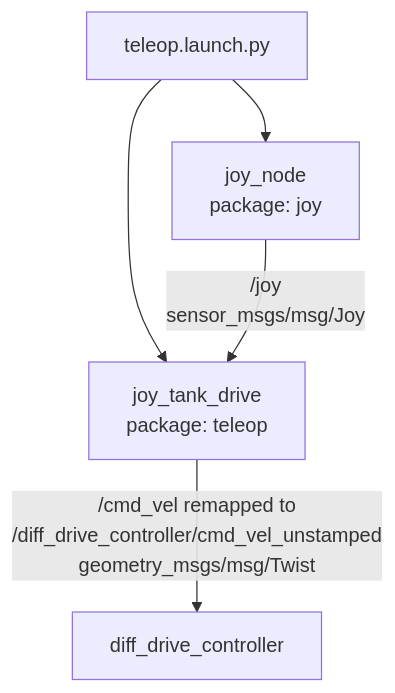
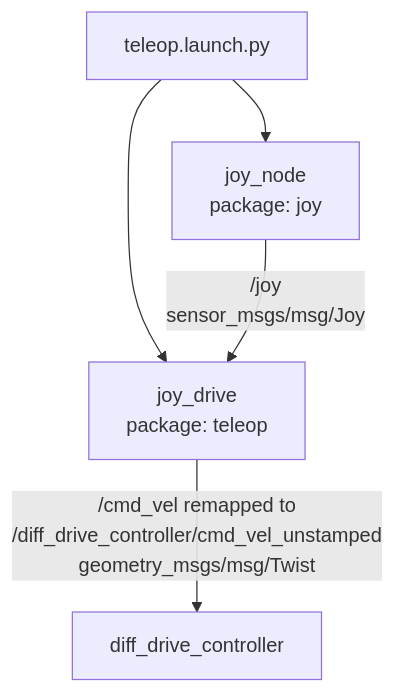
The first of 2 diagrams in ros2_ws/src/teleop/README.md (BILLEE-BroncoSTAR/billee-software-2027), drawn with Mermaid before and after one commit. The commit also changed other lines of this file and 26 other files, not shown here.

````diff
--- a/ros2_ws/src/teleop/README.md
+++ b/ros2_ws/src/teleop/README.md
@@ -38,7 +58,7 @@
 ```mermaid
 graph TD
     L[teleop.launch.py] --> J[joy_node\npackage: joy]
-    L --> T[joy_tank_drive\npackage: teleop]
+    L --> T[joy_drive\npackage: teleop]
     J -->|/joy\nsensor_msgs/msg/Joy| T
     T -->|/cmd_vel remapped to\n/diff_drive_controller/cmd_vel_unstamped\ngeometry_msgs/msg/Twist| D[diff_drive_controller]
 ```
````
